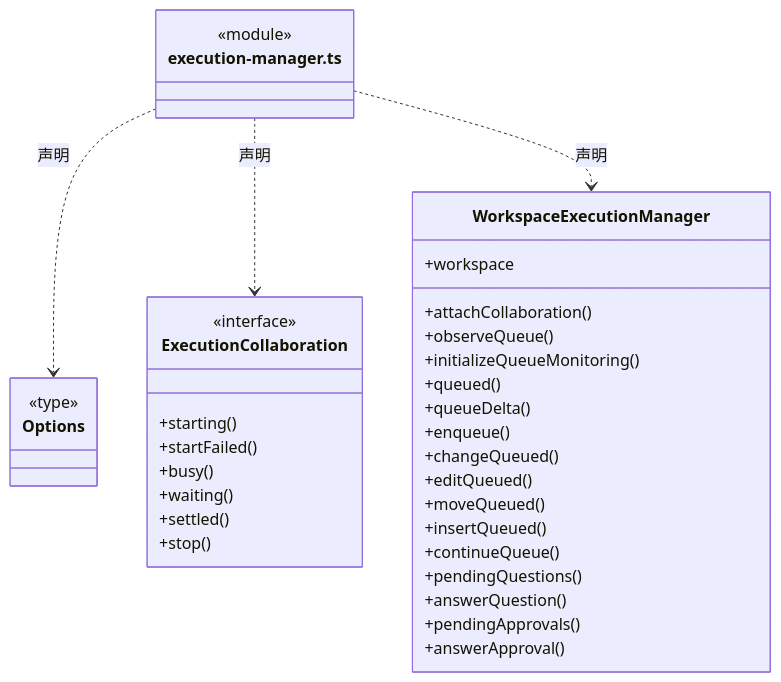
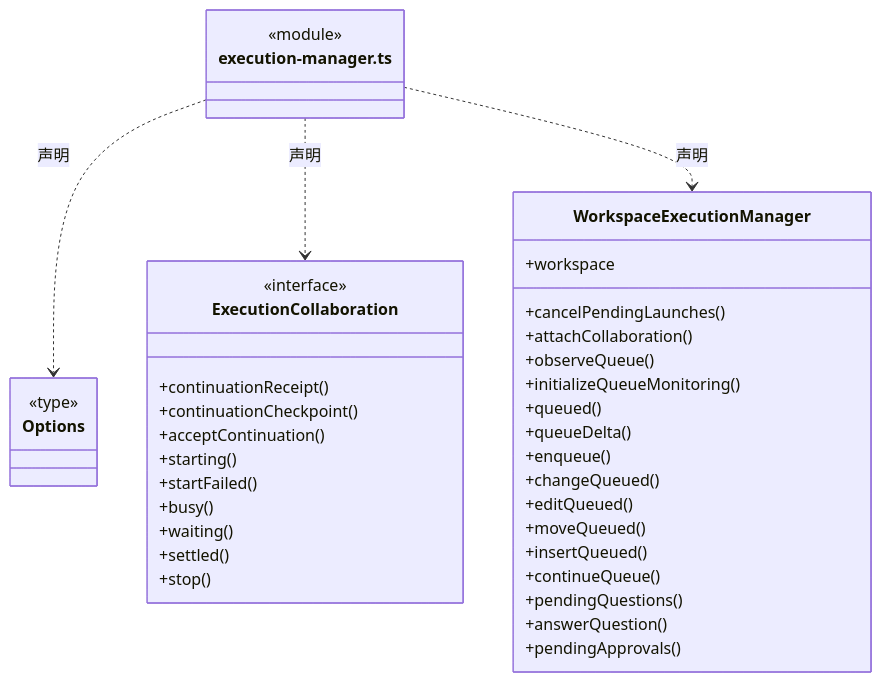
Before and after one commit to nan023062/cbim: the sixth of 29 diagrams in src/backend/scheduler-engine/execution/ARCHITECTURE.md, drawn with Mermaid. The commit also changed other lines of this file and 60 other files, not shown here.

````diff
--- a/src/backend/scheduler-engine/execution/ARCHITECTURE.md
+++ b/src/backend/scheduler-engine/execution/ARCHITECTURE.md
@@ -196,40 +201,43 @@
 ```mermaid
 classDiagram
 class N_src_backend_scheduler_engine_execution_execution_manager_ts["execution-manager.ts"] {
   <<module>>
 }
 class N_src_backend_scheduler_engine_execution_execution_manager_ts_Options["Options"] {
   <<type>>
 
 }
 N_src_backend_scheduler_engine_execution_execution_manager_ts ..> N_src_backend_scheduler_engine_execution_execution_manager_ts_Options : 声明
 class N_src_backend_scheduler_engine_execution_execution_manager_ts_ExecutionCollaboration["ExecutionCollaboration"] {
   <<interface>>
+  +continuationReceipt()
+  +continuationCheckpoint()
+  +acceptContinuation()
   +starting()
   +startFailed()
   +busy()
   +waiting()
   +settled()
   +stop()
 }
 N_src_backend_scheduler_engine_execution_execution_manager_ts ..> N_src_backend_scheduler_engine_execution_execution_manager_ts_ExecutionCollaboration : 声明
 class N_src_backend_scheduler_engine_execution_execution_manager_ts_WorkspaceExecutionManager["WorkspaceExecutionManager"] {
   +workspace
+  +cancelPendingLaunches()
   +attachCollaboration()
   +observeQueue()
   +initializeQueueMonitoring()
   +queued()
   +queueDelta()
   +enqueue()
   +changeQueued()
   +editQueued()
   +moveQueued()
   +insertQueued()
   +continueQueue()
   +pendingQuestions()
   +answerQuestion()
   +pendingApprovals()
-  +answerApproval()
 }
 N_src_backend_scheduler_engine_execution_execution_manager_ts ..> N_src_backend_scheduler_engine_execution_execution_manager_ts_WorkspaceExecutionManager : 声明
 ```
````
